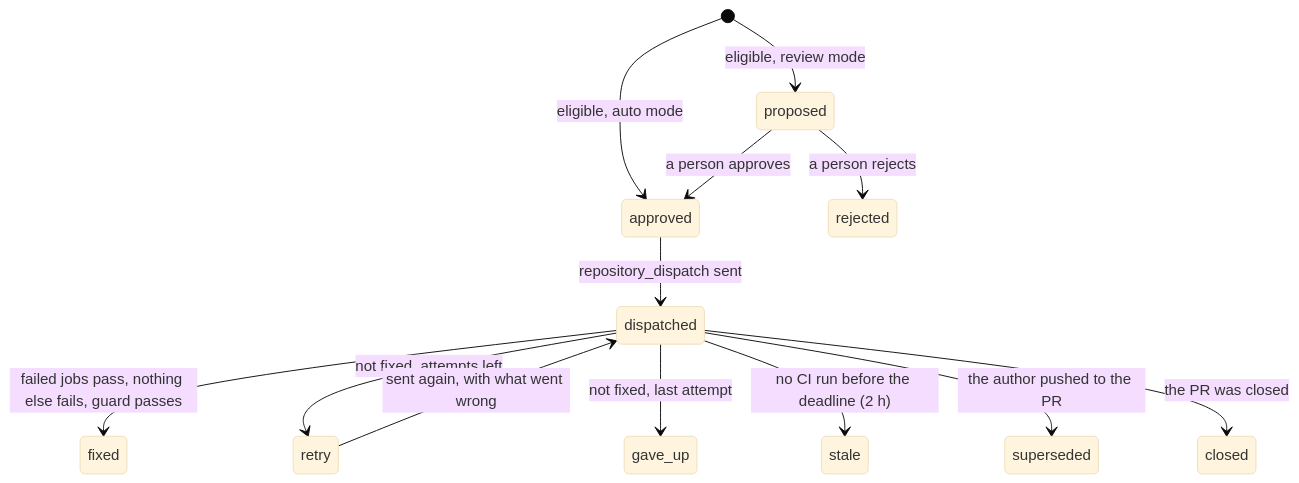
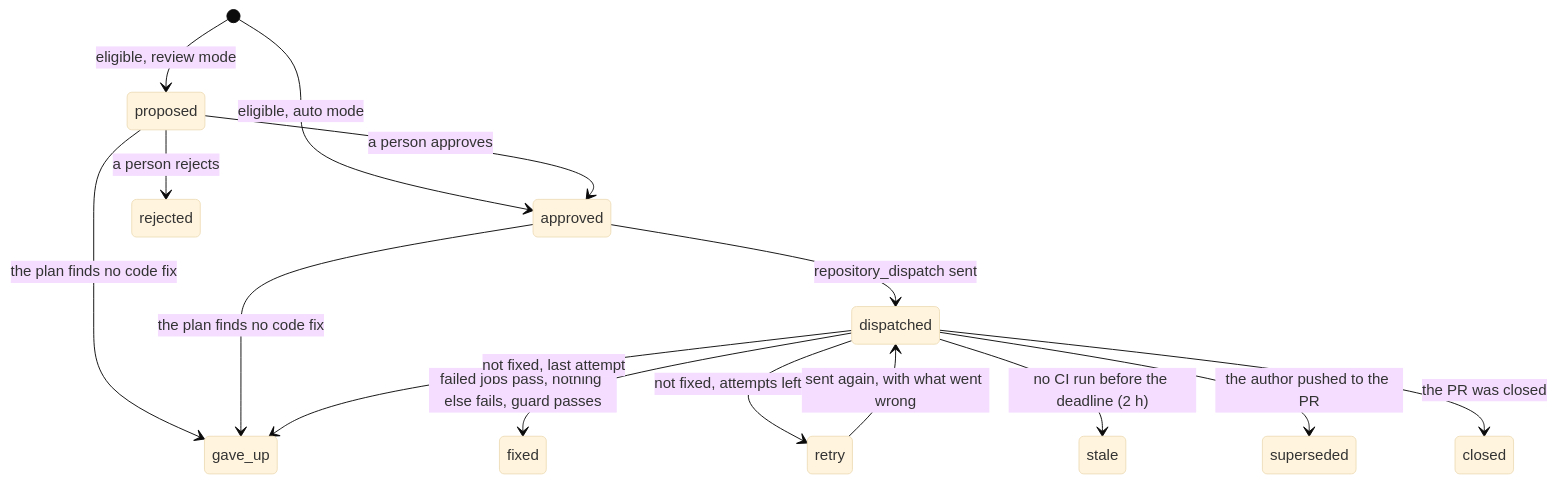
The second of 3 diagrams in README.md (yosrkharrat/CI-triage-agent), drawn with Mermaid (base theme) before and after one commit. The commit also changed other lines of this file and 2 other files, not shown here.

````diff
--- a/README.md
+++ b/README.md
@@ -436,15 +458,17 @@
 ```mermaid
 stateDiagram-v2
     [*] --> proposed: eligible, review mode
     [*] --> approved: eligible, auto mode
+    proposed --> gave_up: the plan finds no code fix
+    approved --> gave_up: the plan finds no code fix
     proposed --> approved: a person approves
     proposed --> rejected: a person rejects
     approved --> dispatched: repository_dispatch sent
     dispatched --> fixed: failed jobs pass, nothing else fails, guard passes
     dispatched --> retry: not fixed, attempts left
     retry --> dispatched: sent again, with what went wrong
     dispatched --> gave_up: not fixed, last attempt
     dispatched --> stale: no CI run before the deadline (2 h)
     dispatched --> superseded: the author pushed to the PR
     dispatched --> closed: the PR was closed
 ```
````
